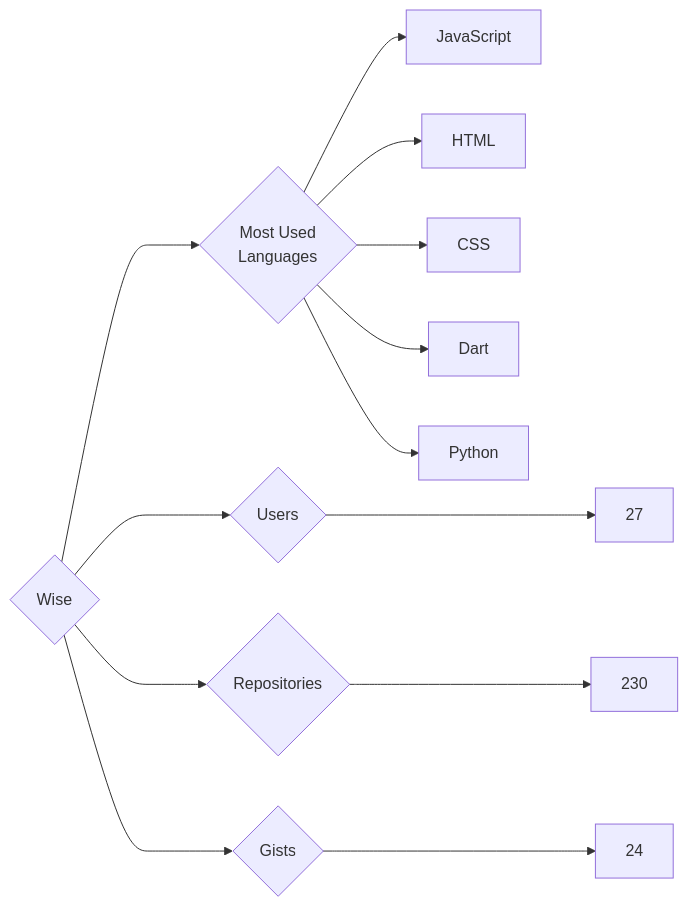
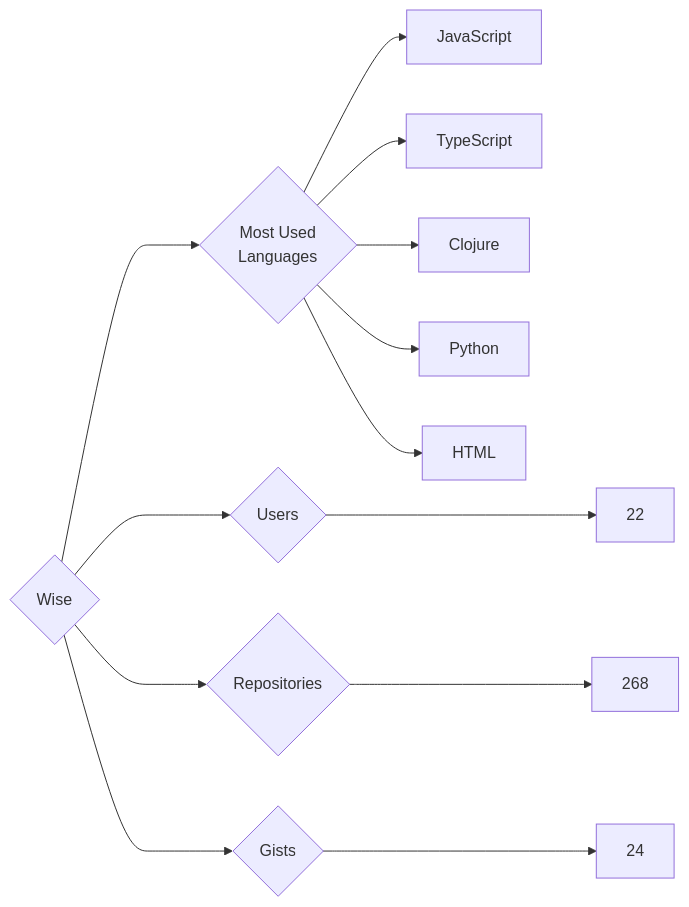
The diagram in targets/Wise/README.md (trickest/insiders), drawn with Mermaid before and after one commit. The commit also changed 770 other files, not shown here.

````diff
--- a/targets/Wise/README.md
+++ b/targets/Wise/README.md
@@ -3,13 +3,13 @@
 ```mermaid
 graph LR
 COMPANY_NAME{Wise}
-COMPANY_NAME ---> U{Users} ---> UN[27]
-COMPANY_NAME ---> R{Repositories} ---> RN[230]
+COMPANY_NAME ---> U{Users} ---> UN[22]
+COMPANY_NAME ---> R{Repositories} ---> RN[268]
 COMPANY_NAME ---> G{Gists} ---> GN[24]
 COMPANY_NAME ---> ML{Most Used<br>Languages}
 ML --> JavaScript[JavaScript]
+ML --> TypeScript[TypeScript]
+ML --> Clojure[Clojure]
+ML --> Python[Python]
 ML --> HTML[HTML]
-ML --> CSS[CSS]
-ML --> Dart[Dart]
-ML --> Python[Python]
 ```
````
